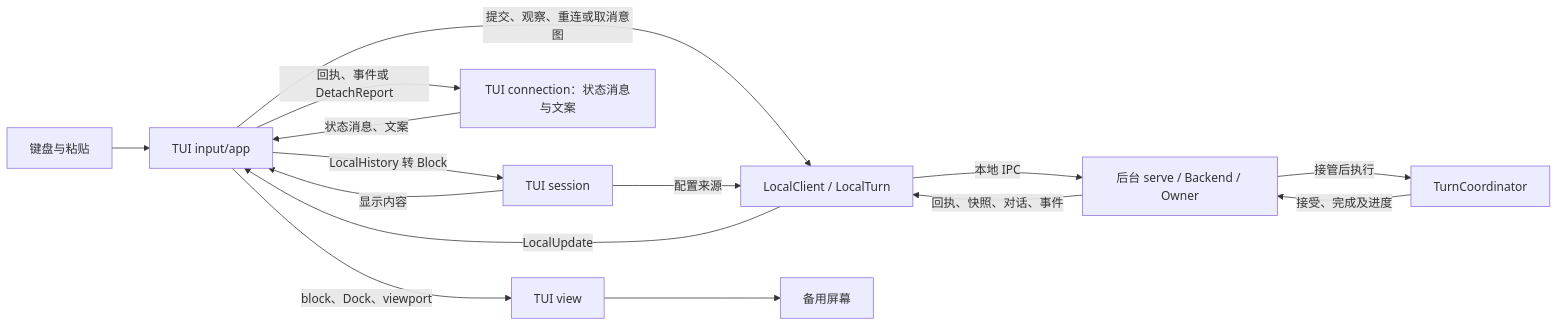
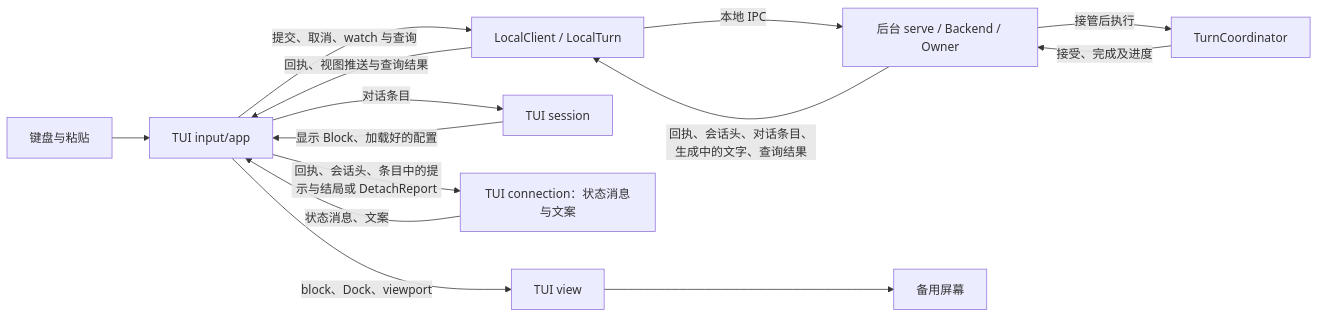
One commit to Skyline10124/lattice changed the diagram in docs/architecture/tui.md. Above: the diagram before and after it, drawn with Mermaid. The commit also changed other lines of this file and 13 other files, not shown here.

First line of the commit message:
docs(session): 新增 ADR 0008 草案并按它修订会话与 TUI 合同 (#292)

````diff
--- a/docs/architecture/tui.md
+++ b/docs/architecture/tui.md
@@ -80,17 +85,16 @@
 ```mermaid
 flowchart LR
     K["键盘与粘贴"] --> A["TUI input/app"]
-    A -->|提交、观察、重连或取消意图| L["LocalClient / LocalTurn"]
-    S["TUI session"] -->|配置来源| L
+    A -->|提交、取消、watch 与查询| L["LocalClient / LocalTurn"]
     L -->|本地 IPC| B["后台 serve / Backend / Owner"]
     B -->|接管后执行| E["TurnCoordinator"]
     E -->|接受、完成及进度| B
-    B -->|回执、快照、对话、事件| L
-    L -->|LocalUpdate| A
-    A -->|LocalHistory 转 Block| S
-    S -->|显示内容| A
-    A -->|回执、事件或 DetachReport| C["TUI connection：状态消息与文案"]
+    B -->|回执、会话头、对话条目、生成中的文字、查询结果| L
+    L -->|回执、视图推送与查询结果| A
+    A -->|对话条目| S["TUI session"]
+    S -->|显示 Block、加载好的配置| A
+    A -->|回执、会话头、条目中的提示与结局或 DetachReport| C["TUI connection：状态消息与文案"]
     C -->|状态消息、文案| A
     A -->|block、Dock、viewport| V["TUI view"]
     V --> T["备用屏幕"]
 ```
````
